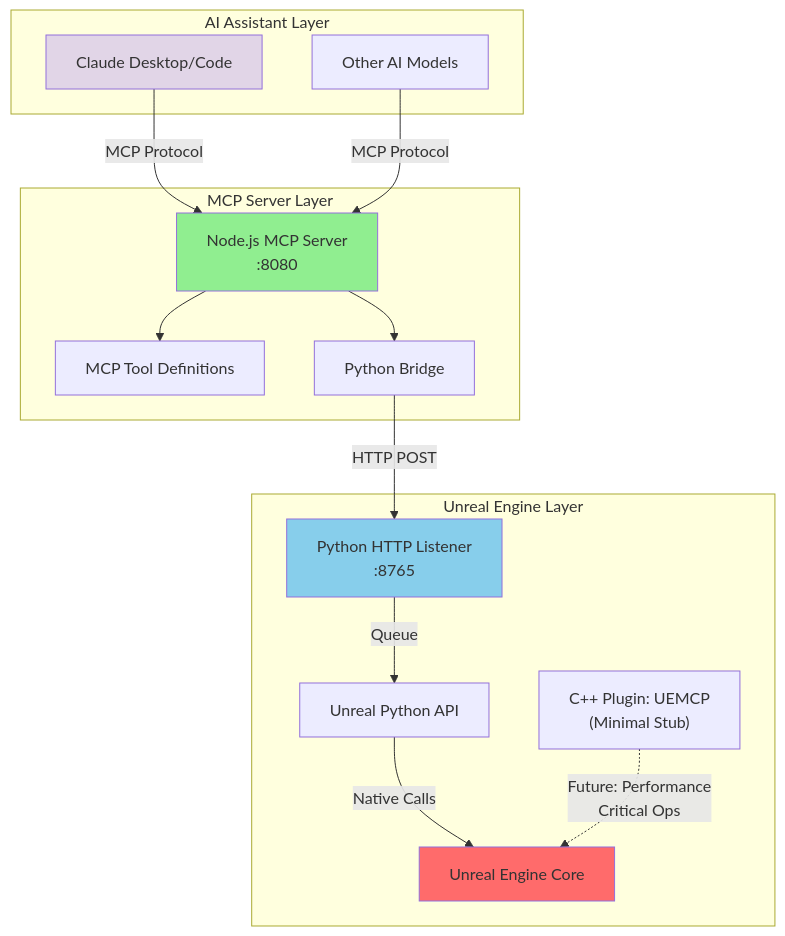
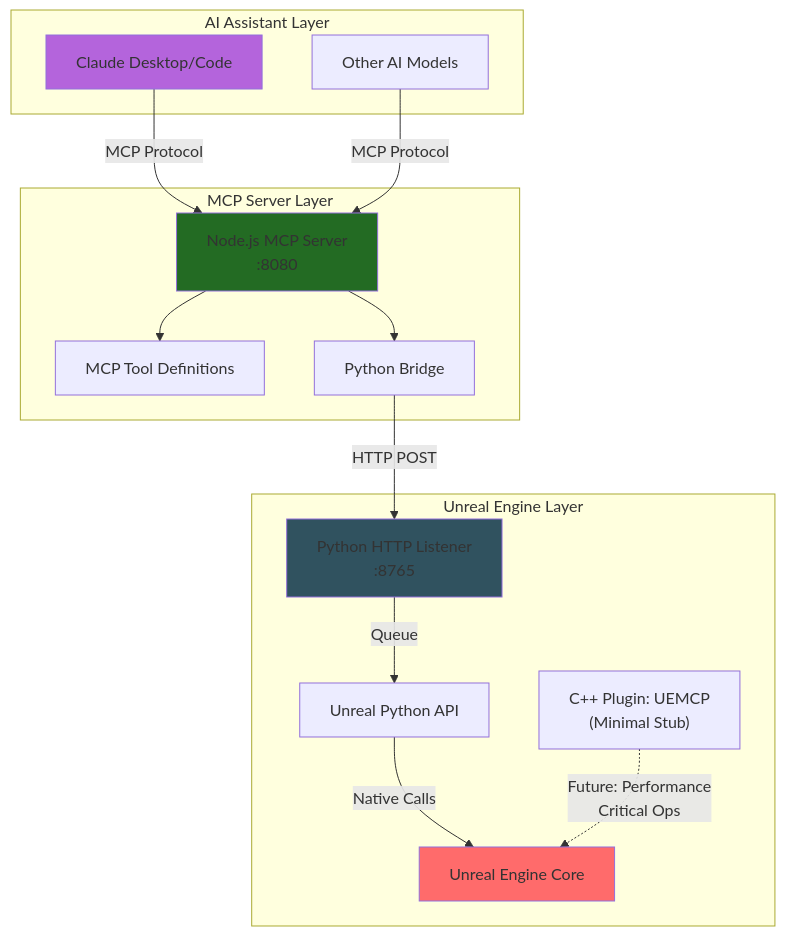
One commit to atomantic/UEMCP changed the diagram in README.md. Above: the diagram before and after it, drawn with Mermaid.

Commit message:
fix colors in mermaid for dark mode support

````diff
--- a/README.md
+++ b/README.md
@@ -35,34 +35,34 @@
 ```mermaid
 flowchart TB
     subgraph "AI Assistant Layer"
         Claude[Claude Desktop/Code]
         Other[Other AI Models]
     end
     
     subgraph "MCP Server Layer"
         NodeJS["Node.js MCP Server<br/>:8080"]
         Tools[MCP Tool Definitions]
         Bridge[Python Bridge]
     end
     
     subgraph "Unreal Engine Layer"
         PythonListener["Python HTTP Listener<br/>:8765"]
         PythonAPI[Unreal Python API]
         CPPPlugin["C++ Plugin: UEMCP<br/>(Minimal Stub)"]
         UECore[Unreal Engine Core]
     end
     
     Claude -->|MCP Protocol| NodeJS
     Other -->|MCP Protocol| NodeJS
     NodeJS --> Tools
     NodeJS --> Bridge
     Bridge -->|HTTP POST| PythonListener
     PythonListener -->|Queue| PythonAPI
     PythonAPI -->|Native Calls| UECore
     CPPPlugin -.->|"Future: Performance<br/>Critical Ops"| UECore
     
-    style Claude fill:#e1d5e7
-    style NodeJS fill:#90ee90
-    style PythonListener fill:#87ceeb
+    style Claude fill:#b464dc
+    style NodeJS fill:#236b23
+    style PythonListener fill:#30525f
     style UECore fill:#ff6b6b
 ```
````
